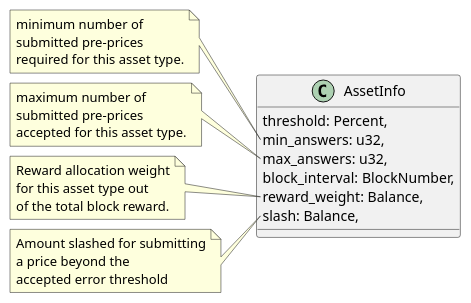
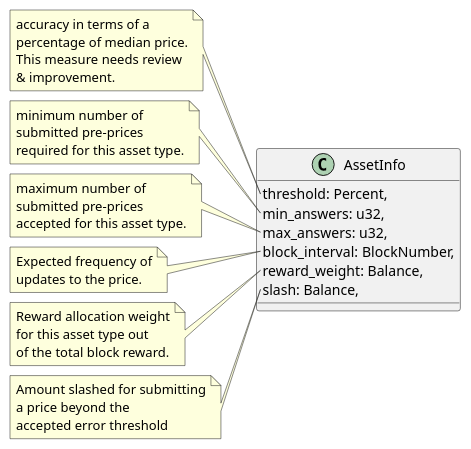
One commit to ComposableFi/composable changed the fourth of 14 diagrams in frame/oracle/design/design.adoc. Above: the diagram before and after it, drawn with PlantUML. The commit also changed other lines of this file, not shown here.

```diff
--- a/frame/oracle/design/design.adoc
+++ b/frame/oracle/design/design.adoc
@@ -193,36 +221,48 @@
 [plantuml,images/asset-info,png]
 ----
 class AssetInfo {
     threshold: Percent,
     min_answers: u32,
     max_answers: u32,
     block_interval: BlockNumber,
     reward_weight: Balance,
     slash: Balance,
 }
 
+note left of AssetInfo::threshold
+accuracy in terms of a
+percentage of median price.
+This measure needs review
+& improvement.
+end note
+
 note left of AssetInfo::min_answers
 minimum number of
 submitted pre-prices
 required for this asset type.
 end note
 
 note left of AssetInfo::max_answers
 maximum number of
 submitted pre-prices
 accepted for this asset type.
+end note
+
+note left of AssetInfo::block_interval
+Expected frequency of
+updates to the price.
 end note
 
 note left of AssetInfo::reward_weight
 Reward allocation weight
 for this asset type out
 of the total block reward.
 end note
 
 note left of AssetInfo::slash
 Amount slashed for submitting
 a price beyond the
 accepted error threshold
 end note
 
 ----
```
